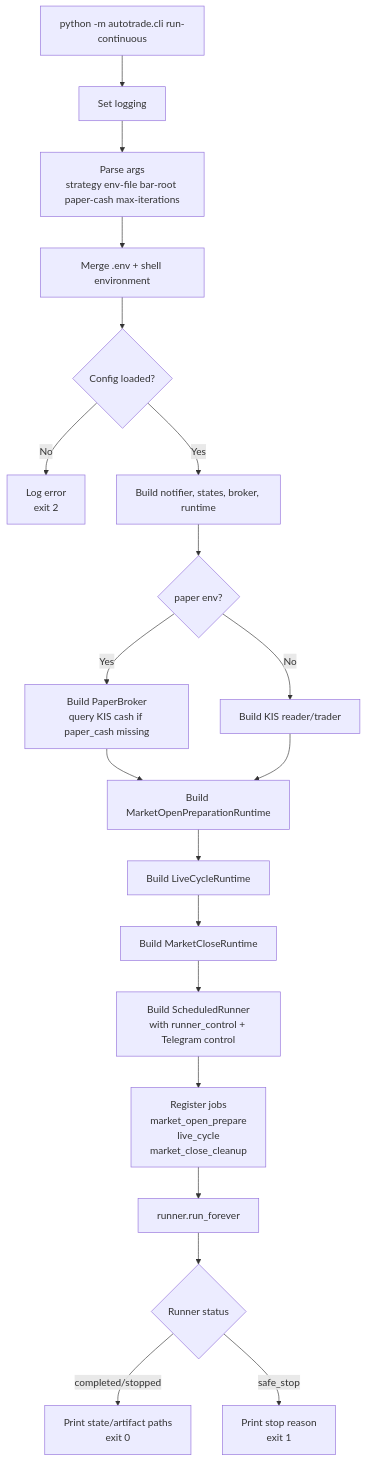
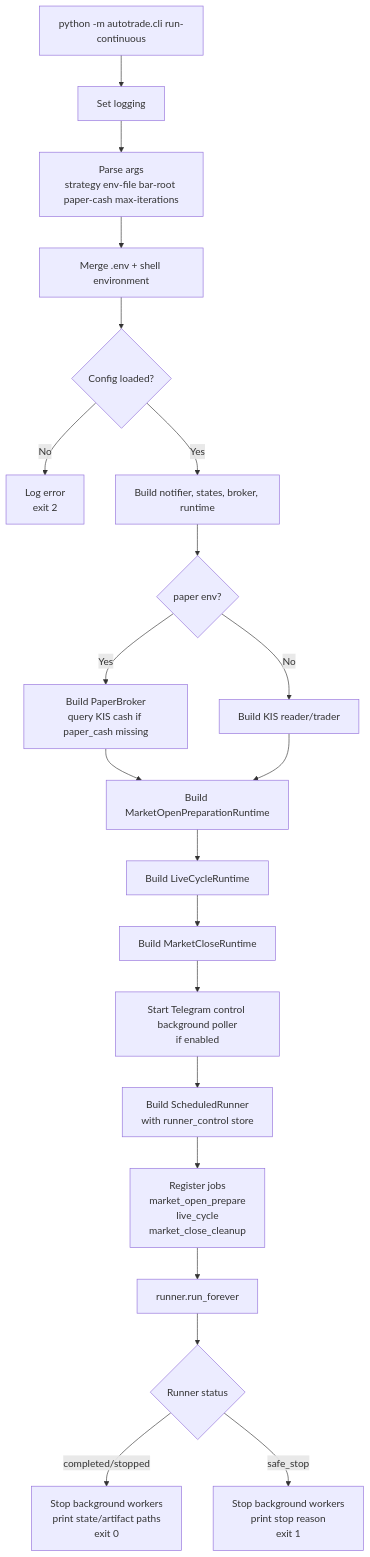
Before and after one commit to MQ813/AutoTrade: the first of 8 diagrams in docs/cli_run_continuous_flow.md, drawn with Mermaid. The commit also changed other lines of this file and 21 other files, not shown here.

Commit message:
Expand runtime Telegram control and notifications

````diff
--- a/docs/cli_run_continuous_flow.md
+++ b/docs/cli_run_continuous_flow.md
@@ -7,22 +7,23 @@
 ```mermaid
 flowchart TD
     A[python -m autotrade.cli run-continuous] --> B[Set logging]
     B --> C[Parse args<br/>strategy env-file bar-root paper-cash max-iterations]
     C --> D[Merge .env + shell environment]
     D --> E{Config loaded?}
     E -->|No| E1[Log error<br/>exit 2]
     E -->|Yes| F[Build notifier, states, broker, runtime]
     F --> G{paper env?}
     G -->|Yes| H[Build PaperBroker<br/>query KIS cash if paper_cash missing]
     G -->|No| I[Build KIS reader/trader]
     H --> J[Build MarketOpenPreparationRuntime]
     I --> J
     J --> K[Build LiveCycleRuntime]
     K --> L[Build MarketCloseRuntime]
-    L --> M[Build ScheduledRunner<br/>with runner_control + Telegram control]
-    M --> N[Register jobs<br/>market_open_prepare<br/>live_cycle<br/>market_close_cleanup]
-    N --> O[runner.run_forever]
-    O --> P{Runner status}
-    P -->|completed/stopped| Q[Print state/artifact paths<br/>exit 0]
-    P -->|safe_stop| R[Print stop reason<br/>exit 1]
+    L --> M[Start Telegram control background poller<br/>if enabled]
+    M --> N[Build ScheduledRunner<br/>with runner_control store]
+    N --> O[Register jobs<br/>market_open_prepare<br/>live_cycle<br/>market_close_cleanup]
+    O --> P[runner.run_forever]
+    P --> Q{Runner status}
+    Q -->|completed/stopped| R[Stop background workers<br/>print state/artifact paths<br/>exit 0]
+    Q -->|safe_stop| S[Stop background workers<br/>print stop reason<br/>exit 1]
 ```
````
